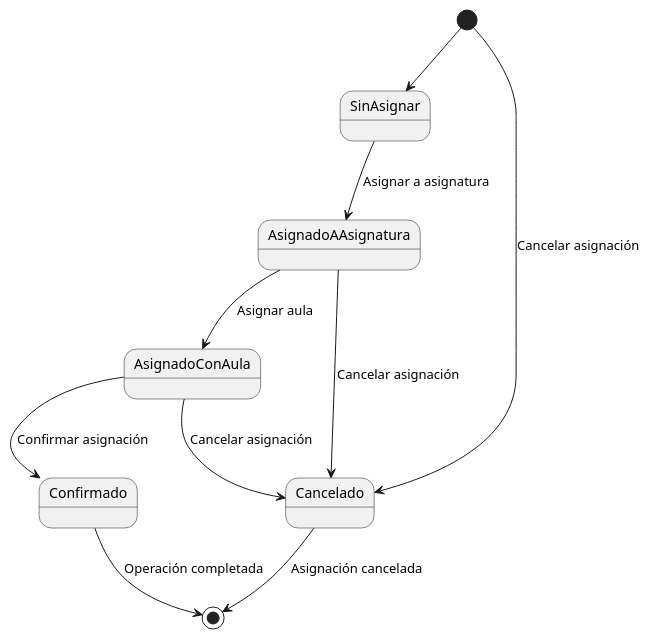
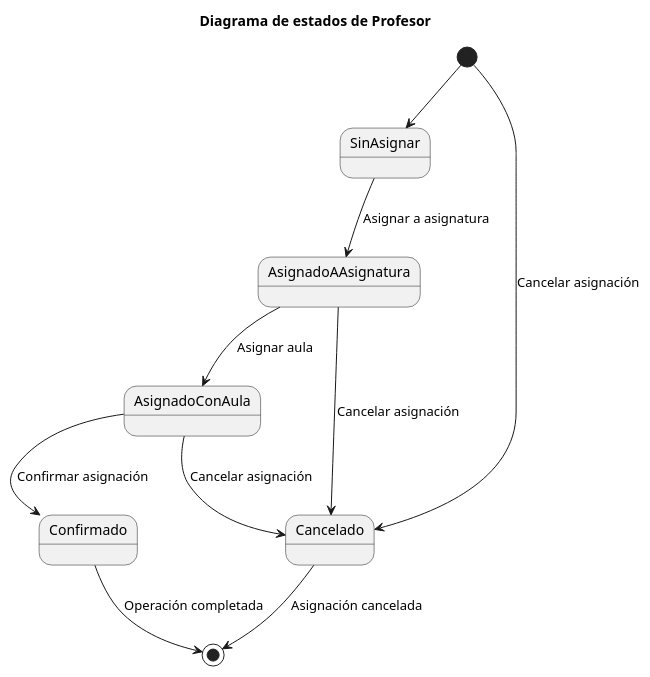
One commit to mmasias/24-25-IdSw1-SDR changed the diagram in modeloDelDominio/plantUML/diagramaEstadosProfesor.puml. Above: the diagram before and after it, drawn with PlantUML. The commit also changed 8 other files, not shown here.

```diff
--- a/modeloDelDominio/plantUML/diagramaEstadosProfesor.puml
+++ b/modeloDelDominio/plantUML/diagramaEstadosProfesor.puml
@@ -1,18 +1,18 @@
 @startuml
-' Diagrama de estados para Profesor
+title Diagrama de estados de Profesor
 state "SinAsignar" as SinAsignar_Profesor
 state "AsignadoAAsignatura" as AsignadoAAsignatura
 state "AsignadoConAula" as AsignadoConAula
 state "Confirmado" as Confirmado_Profesor
 state "Cancelado" as Cancelado_Profesor
 
 [*] --> SinAsignar_Profesor
 SinAsignar_Profesor --> AsignadoAAsignatura: Asignar a asignatura
 AsignadoAAsignatura --> AsignadoConAula : Asignar aula
 AsignadoConAula --> Confirmado_Profesor : Confirmar asignación
 AsignadoAAsignatura --> Cancelado_Profesor : Cancelar asignación
 AsignadoConAula --> Cancelado_Profesor : Cancelar asignación
 [*] --> Cancelado_Profesor : Cancelar asignación
 Confirmado_Profesor --> [*] : Operación completada
 Cancelado_Profesor --> [*] : Asignación cancelada
 @enduml
```
